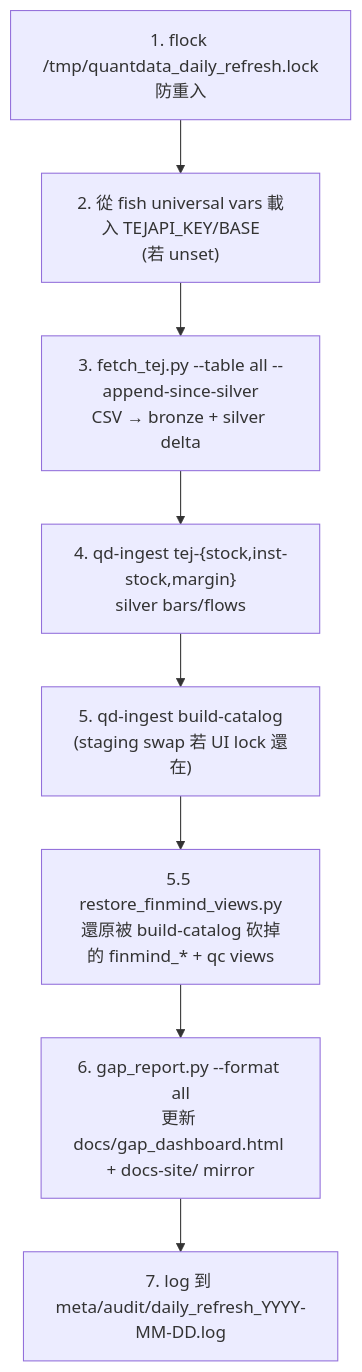
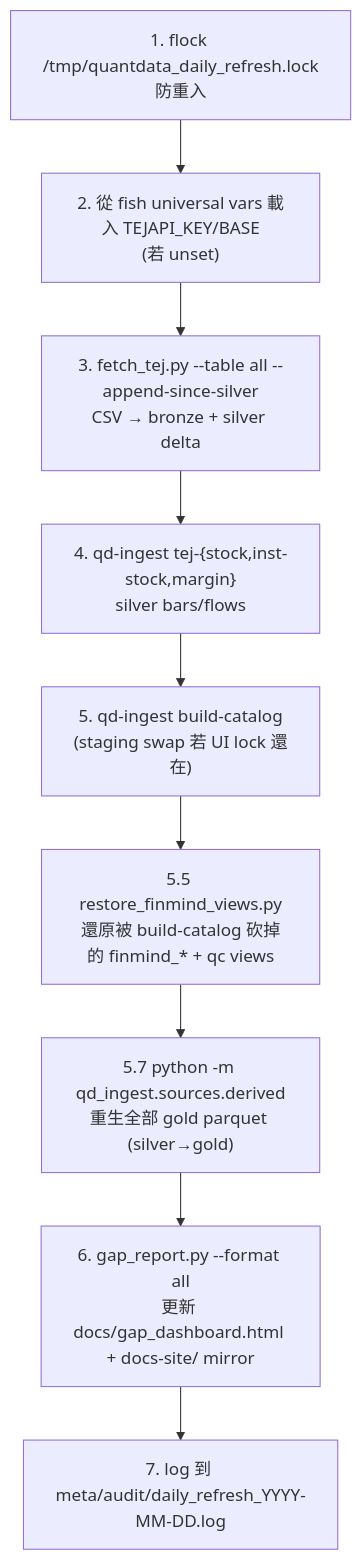
The diagram in docs-site/ops/daily-refresh.md (gsinvest017-ai/gs-scraper), drawn with Mermaid before and after one commit. The commit also changed other lines of this file and 5 other files, not shown here.

````diff
--- a/docs-site/ops/daily-refresh.md
+++ b/docs-site/ops/daily-refresh.md
@@ -15,13 +15,14 @@
 ```mermaid
 flowchart TB
     L1["1. flock /tmp/quantdata_daily_refresh.lock<br/>防重入"]
     L2["2. 從 fish universal vars 載入 TEJAPI_KEY/BASE<br/>(若 unset)"]
     L3["3. fetch_tej.py --table all --append-since-silver<br/>CSV → bronze + silver delta"]
     L4["4. qd-ingest tej-{stock,inst-stock,margin}<br/>silver bars/flows"]
     L5["5. qd-ingest build-catalog<br/>(staging swap 若 UI lock 還在)"]
     L55["5.5 restore_finmind_views.py<br/>還原被 build-catalog 砍掉的 finmind_* + qc views"]
+    L57["5.7 python -m qd_ingest.sources.derived<br/>重生全部 gold parquet (silver→gold)"]
     L6["6. gap_report.py --format all<br/>更新 docs/gap_dashboard.html + docs-site/ mirror"]
     L7["7. log 到 meta/audit/daily_refresh_YYYY-MM-DD.log"]
 
-    L1 --> L2 --> L3 --> L4 --> L5 --> L55 --> L6 --> L7
+    L1 --> L2 --> L3 --> L4 --> L5 --> L55 --> L57 --> L6 --> L7
 ```
````
